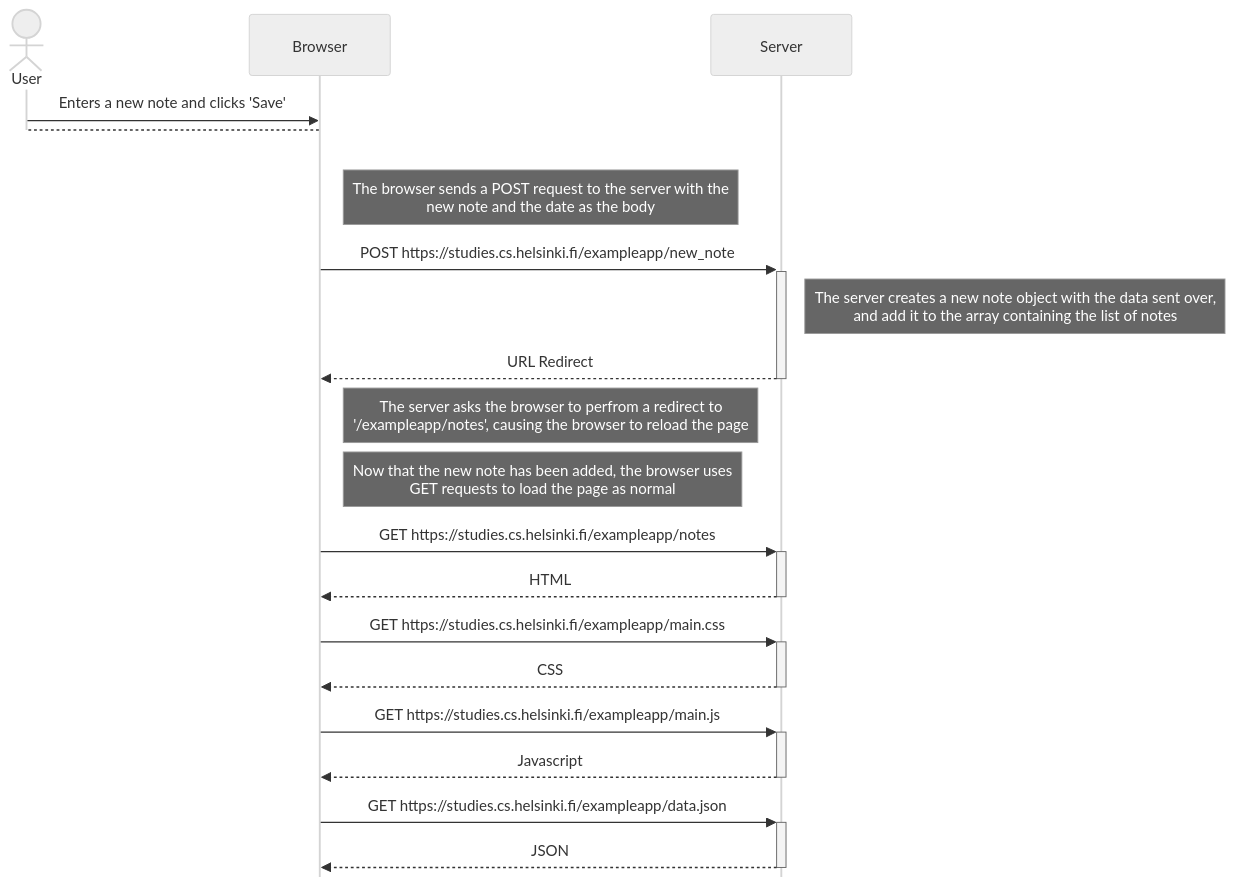
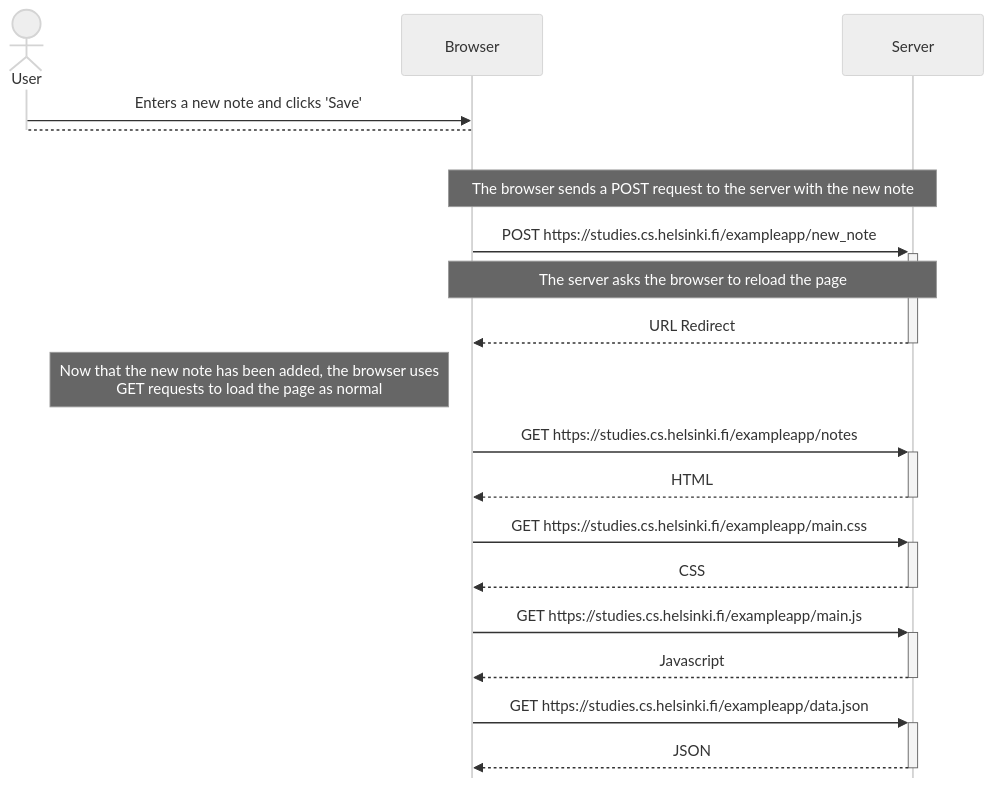
One commit to JoeHolmes97/FullStackOpenCourse changed the diagram in part0/0.4-new-note-diagram.md. Above: the diagram before and after it, drawn with Mermaid (neutral theme).

Commit message:
Completed 0.4-new-note-diagram.md
Cleaned up the diagram, put specific information in comments rather than notes

````diff
--- a/part0/0.4-new-note-diagram.md
+++ b/part0/0.4-new-note-diagram.md
@@ -2,40 +2,38 @@
 ```mermaid
 ---
 config:
   mirrorActors: false
 ---
 sequenceDiagram
 
   actor User
   participant Browser
   participant Server
 
-  % The user types in a note and clicks save, which causes the browser to send it to the server
+  % The user types in a note and clicks save, which causes the browser to send it to the server.
   User->>Browser: Enters a new note and clicks 'Save'
   destroy User
   Browser-->User:
 
-  Note right of Browser: The browser sends a POST request to the server with the<br/> new note and the date as the body
-
+  % The browser sends the new note to the server.
+  Note over Browser,Server: The browser sends a POST request to the server with the new note
   Browser->>+Server: POST https://studies.cs.helsinki.fi/exampleapp/new_note
 
-  Note right of Server: The server creates a new note object with the data sent over,<br/> and add it to the array containing the list of notes
-
+  % The server creates a new note object using the users input and the current date, and adds it to the array containing the list of notes. The server also tells the browser to perfrom a redirect to '/exampleapp/notes'. Since that is the current page, it reloads.
+  Note over Browser,Server: The server asks the browser to reload the page
   Server-->>-Browser: URL Redirect
-
-  Note right of Browser: The server asks the browser to perfrom a redirect to<br/> '/exampleapp/notes', causing the browser to reload the page
-
-  Note right of Browser: Now that the new note has been added, the browser uses<br/> GET requests to load the page as normal
-
-  Browser->>+Server: GET https://studies.cs.helsinki.fi/exampleapp/notes
+ 
+  Note left of Browser: Now that the new note has been added, the browser uses<br/> GET requests to load the page as normal
+  Browser->>+Server:GET https://studies.cs.helsinki.fi/exampleapp/notes
   Server-->>-Browser: HTML
 
   Browser->>+Server: GET https://studies.cs.helsinki.fi/exampleapp/main.css
   Server-->>-Browser: CSS
 
   Browser->>+Server: GET https://studies.cs.helsinki.fi/exampleapp/main.js
   Server-->>-Browser: Javascript
 
+  % The JSON data returned now includes the new note added onto the end.
   Browser->>+Server: GET https://studies.cs.helsinki.fi/exampleapp/data.json
   Server-->>-Browser: JSON
 ```
````
